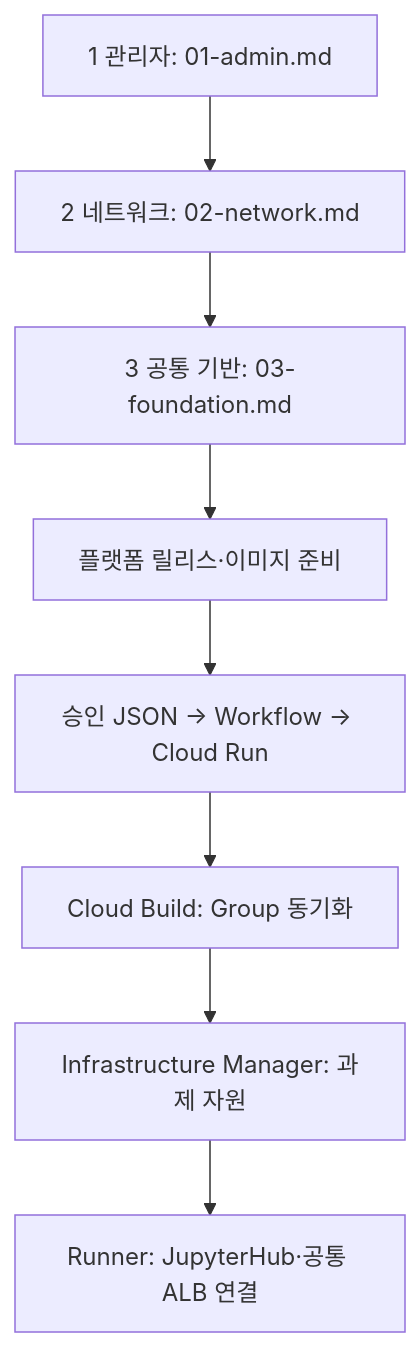
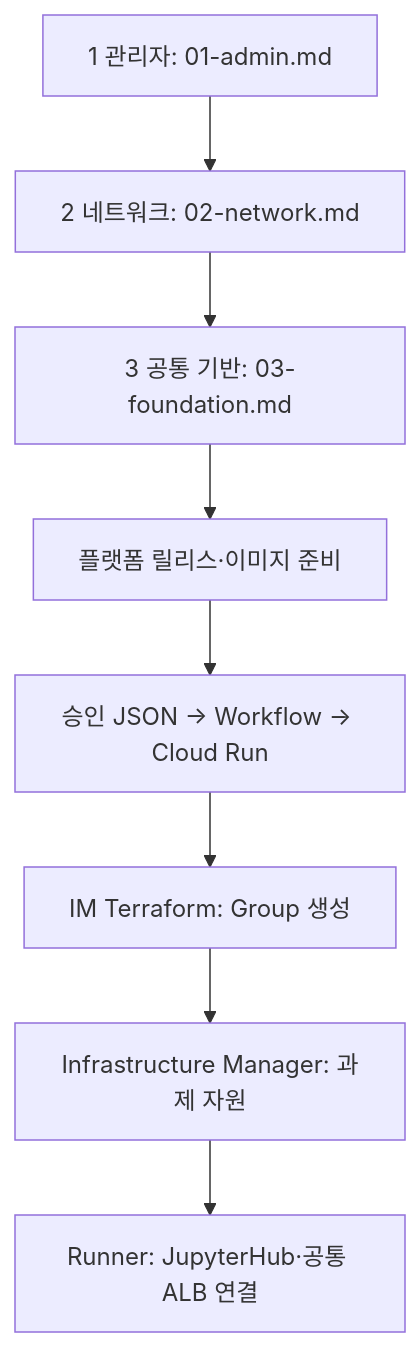
Before and after one commit to sonmap/GCP_SBX_Test01: the diagram in README.md, drawn with Mermaid. The commit also changed 28 other files, not shown here.

First line of the commit message:
Move sandbox group provisioning to Cloud Identity Terraform under tf-manager

````diff
--- a/README.md
+++ b/README.md
@@ -71,10 +71,10 @@
 ```mermaid
 flowchart TD
   A["1 관리자: 01-admin.md"] --> B["2 네트워크: 02-network.md"]
   B --> C["3 공통 기반: 03-foundation.md"]
   C --> D["플랫폼 릴리스·이미지 준비"]
   D --> E["승인 JSON → Workflow → Cloud Run"]
-  E --> F["Cloud Build: Group 동기화"]
+  E --> F["IM Terraform: Group 생성"]
   F --> G["Infrastructure Manager: 과제 자원"]
   G --> H["Runner: JupyterHub·공통 ALB 연결"]
 ```
````
